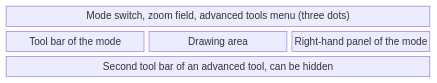
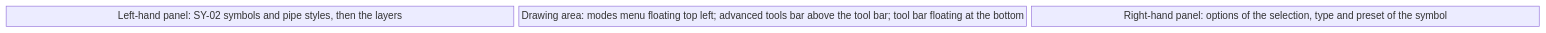
The fourth of 13 diagrams in screens/symbols.md (AlexandreGallais/synoptic-studio-spec), drawn with Mermaid before and after one commit. The commit also changed other lines of this file and 23 other files, not shown here.

First line of the commit message:
docs(symbols): apply the review of the symbol editor layout

````diff
--- a/screens/symbols.md
+++ b/screens/symbols.md
@@ -77,7 +97,5 @@
 ```mermaid
 block-beta
     columns 3
-    top["Mode switch, zoom field, advanced tools menu (three dots)"]:3
-    tools["Tool bar of the mode"] canvas["Drawing area"] panel["Right-hand panel of the mode"]
-    second["Second tool bar of an advanced tool, can be hidden"]:3
+    left["Left-hand panel: SY-02 symbols and pipe styles, then the layers"] canvas["Drawing area: modes menu floating top left; advanced tools bar above the tool bar; tool bar floating at the bottom"] panel["Right-hand panel: options of the selection, type and preset of the symbol"]
 ```
````
